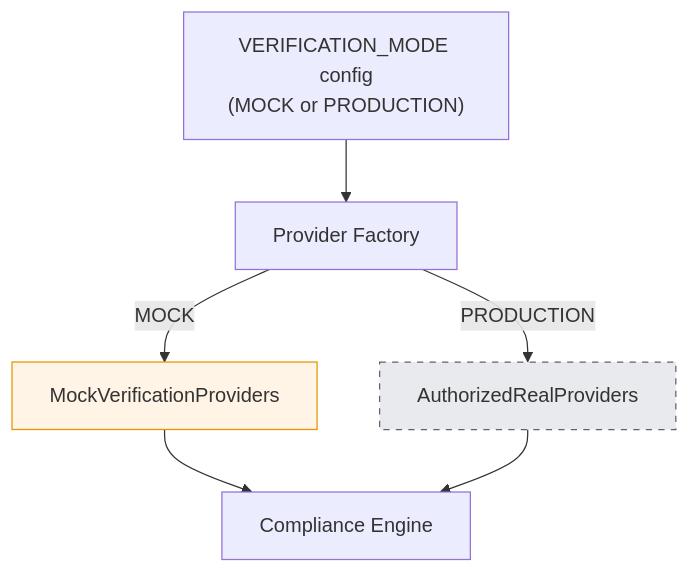
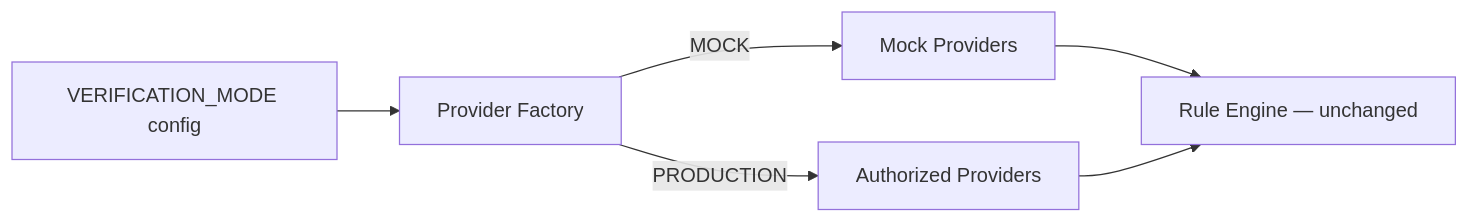
The eighth of 8 diagrams in architecture.md (IshanWankhede/BidVerify-AI), drawn with Mermaid before and after one commit. The commit also changed other lines of this file and 11 other files, not shown here.

````diff
--- a/architecture.md
+++ b/architecture.md
@@ -499,11 +305,8 @@
 ```mermaid
-flowchart TD
-    CFG["VERIFICATION_MODE config<br/>(MOCK or PRODUCTION)"] --> FACTORY[Provider Factory]
-    FACTORY -->|MOCK| MOCKS[MockVerificationProviders]
-    FACTORY -->|PRODUCTION| REAL[AuthorizedRealProviders]
-    MOCKS --> CE[Compliance Engine]
-    REAL --> CE
-
-    style MOCKS fill:#fff4e5,stroke:#e69500
-    style REAL fill:#e8eaed,stroke:#5f6368,stroke-dasharray: 5 5
+flowchart LR
+    CFG[VERIFICATION_MODE config] --> F[Provider Factory]
+    F -->|MOCK| M[Mock Providers]
+    F -->|PRODUCTION| R[Authorized Providers]
+    M --> ENGINE[Rule Engine — unchanged]
+    R --> ENGINE
 ```
````
